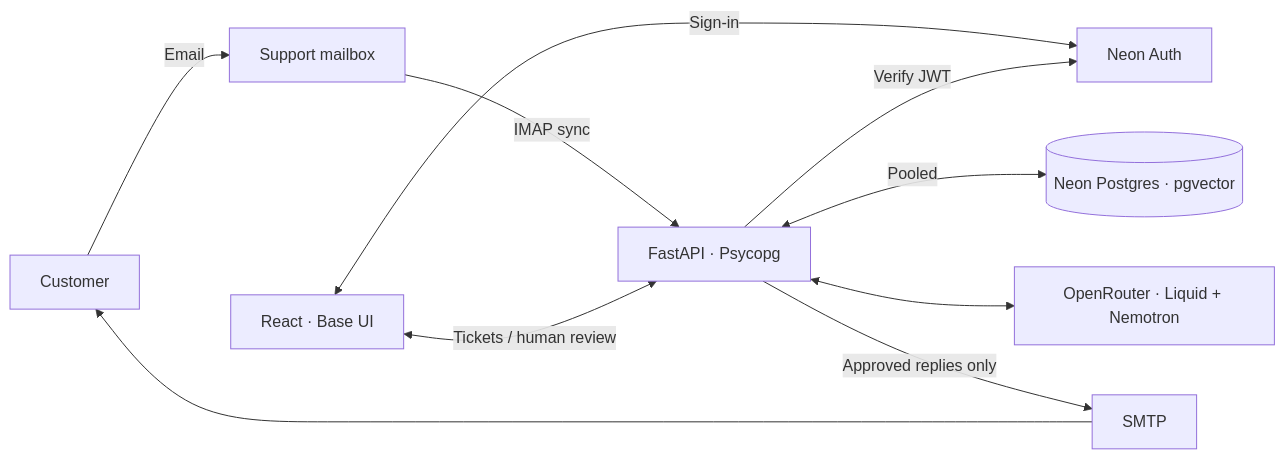
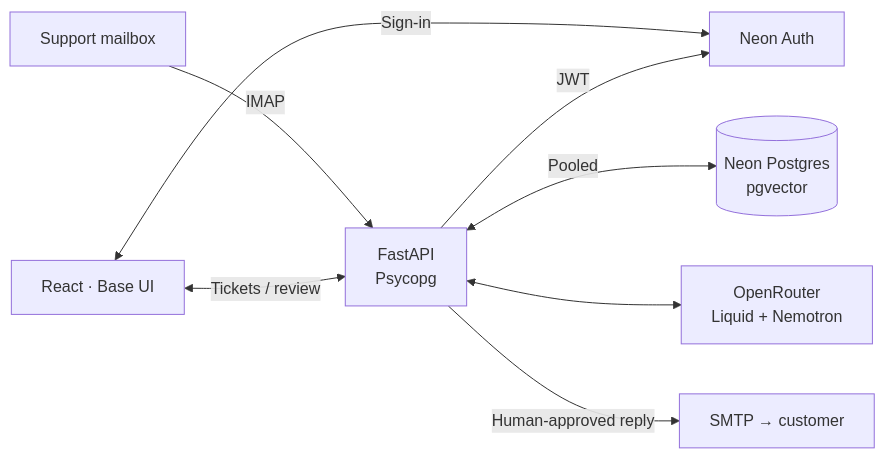
The diagram in README.md (rayenfassatoui/support-copilot), drawn with Mermaid before and after one commit.

Commit message:
Keep the architecture diagram readable at README width

````diff
--- a/README.md
+++ b/README.md
@@ -13,12 +13,10 @@
 ```mermaid
 flowchart LR
-    C[Customer] -->|Email| M[Support mailbox]
-    M -->|IMAP sync| API[FastAPI · Psycopg]
-    UI[React · Base UI] <-->|Tickets / human review| API
+    MAIL[Support mailbox] -->|IMAP| API["FastAPI<br/>Psycopg"]
+    UI[React · Base UI] <-->|Tickets / review| API
     UI <-->|Sign-in| AUTH[Neon Auth]
-    API -->|Verify JWT| AUTH
-    API <-->|Pooled| DB[(Neon Postgres · pgvector)]
-    API <--> AI[OpenRouter · Liquid + Nemotron]
-    API -->|Approved replies only| SMTP
-    SMTP --> C
+    API -->|JWT| AUTH
+    API <-->|Pooled| DB[("Neon Postgres<br/>pgvector")]
+    API <--> AI["OpenRouter<br/>Liquid + Nemotron"]
+    API -->|Human-approved reply| SMTP["SMTP → customer"]
 ```
````
